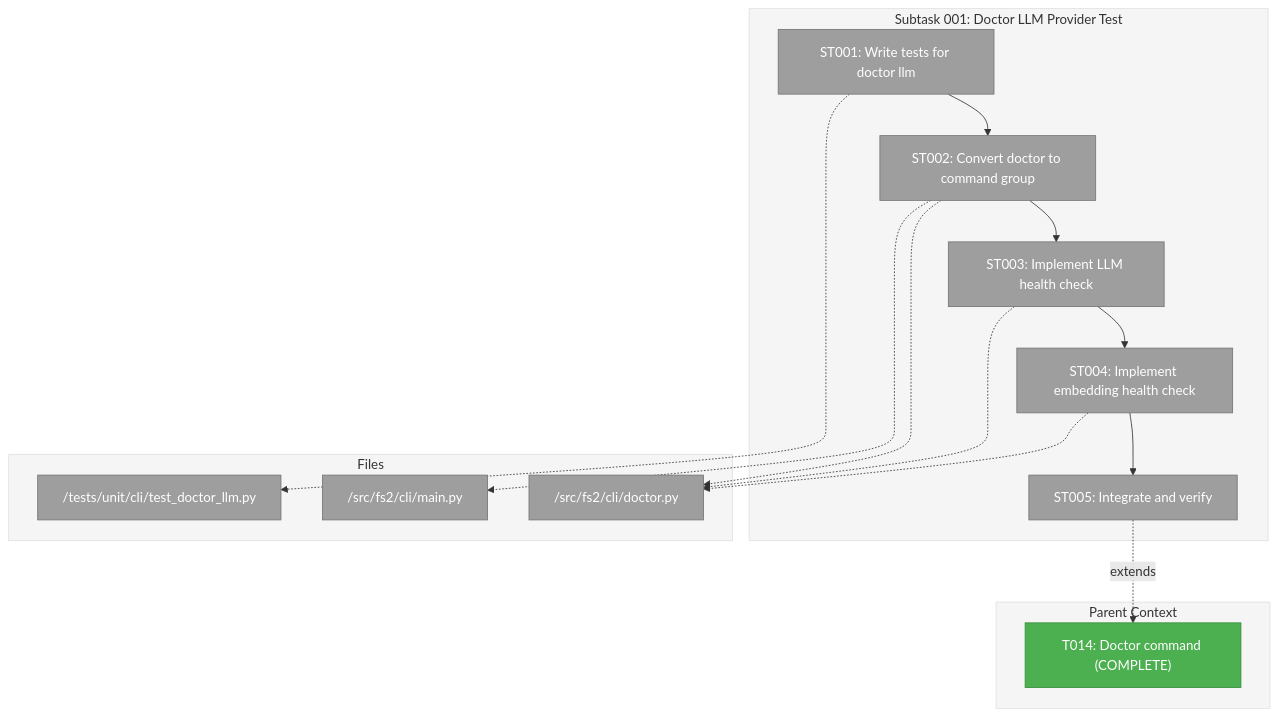
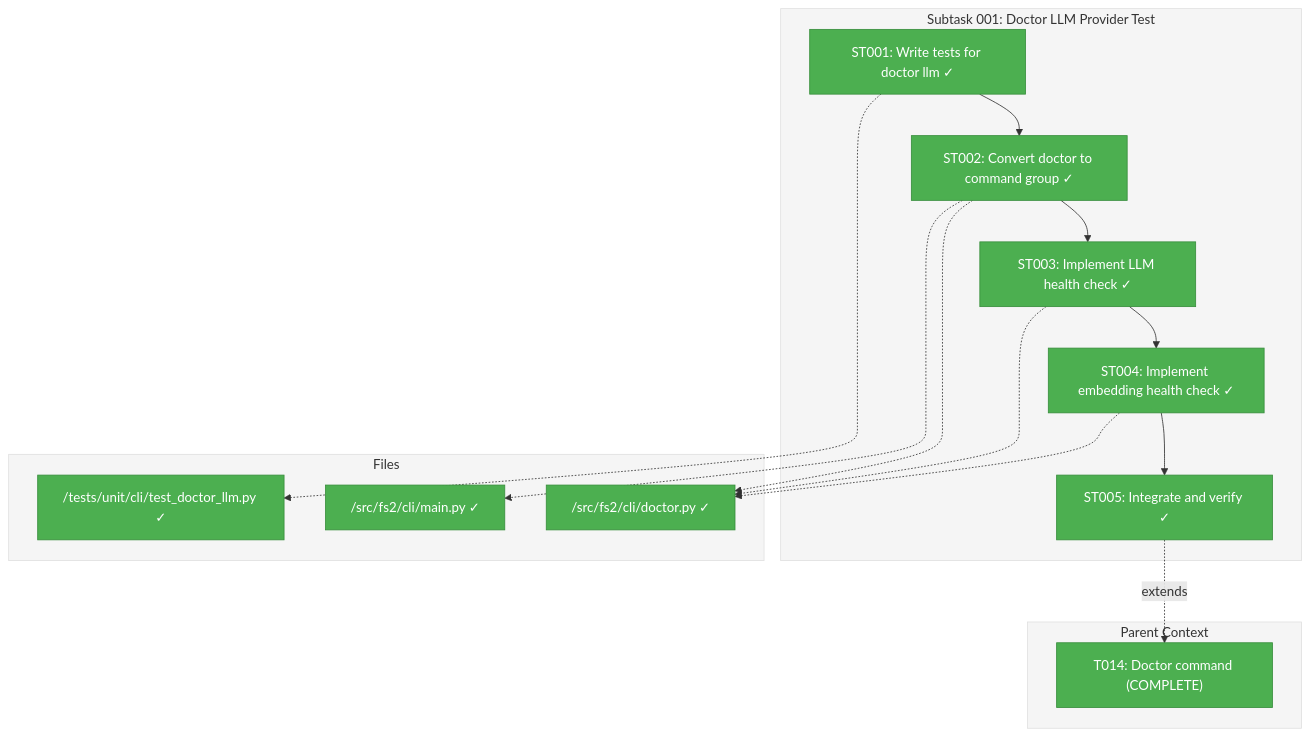
One commit to AI-Substrate/flow_squared changed the first of 3 diagrams in docs/plans/017-doctor/tasks/phase-1-implementation/001-subtask-doctor-llm-provider-test.md. Above: the diagram before and after it, drawn with Mermaid. The commit also changed other lines of this file and 118 other files, not shown here.

First line of the commit message:
Add minimal CLI tests for `fs2 doctor llm` subcommand

````diff
--- a/docs/plans/017-doctor/tasks/phase-1-implementation/001-subtask-doctor-llm-provider-test.md
+++ b/docs/plans/017-doctor/tasks/phase-1-implementation/001-subtask-doctor-llm-provider-test.md
@@ -110,37 +110,37 @@
 ```mermaid
 flowchart TD
     classDef pending fill:#9E9E9E,stroke:#757575,color:#fff
     classDef inprogress fill:#FF9800,stroke:#F57C00,color:#fff
     classDef completed fill:#4CAF50,stroke:#388E3C,color:#fff
     classDef blocked fill:#F44336,stroke:#D32F2F,color:#fff
 
     style Parent fill:#F5F5F5,stroke:#E0E0E0
     style Subtask fill:#F5F5F5,stroke:#E0E0E0
     style Files fill:#F5F5F5,stroke:#E0E0E0
 
     subgraph Parent["Parent Context"]
         T014["T014: Doctor command (COMPLETE)"]:::completed
     end
 
     subgraph Subtask["Subtask 001: Doctor LLM Provider Test"]
-        ST001["ST001: Write tests for doctor llm"]:::pending
-        ST002["ST002: Convert doctor to command group"]:::pending
-        ST003["ST003: Implement LLM health check"]:::pending
-        ST004["ST004: Implement embedding health check"]:::pending
-        ST005["ST005: Integrate and verify"]:::pending
+        ST001["ST001: Write tests for doctor llm ✓"]:::completed
+        ST002["ST002: Convert doctor to command group ✓"]:::completed
+        ST003["ST003: Implement LLM health check ✓"]:::completed
+        ST004["ST004: Implement embedding health check ✓"]:::completed
+        ST005["ST005: Integrate and verify ✓"]:::completed
 
         ST001 --> ST002 --> ST003 --> ST004 --> ST005
     end
 
     subgraph Files["Files"]
-        F1["/tests/unit/cli/test_doctor_llm.py"]:::pending
-        F2["/src/fs2/cli/doctor.py"]:::pending
-        F3["/src/fs2/cli/main.py"]:::pending
+        F1["/tests/unit/cli/test_doctor_llm.py ✓"]:::completed
+        F2["/src/fs2/cli/doctor.py ✓"]:::completed
+        F3["/src/fs2/cli/main.py ✓"]:::completed
     end
 
     ST001 -.-> F1
     ST002 -.-> F2 & F3
     ST003 -.-> F2
     ST004 -.-> F2
     ST005 -.->|extends| T014
 ```
````
